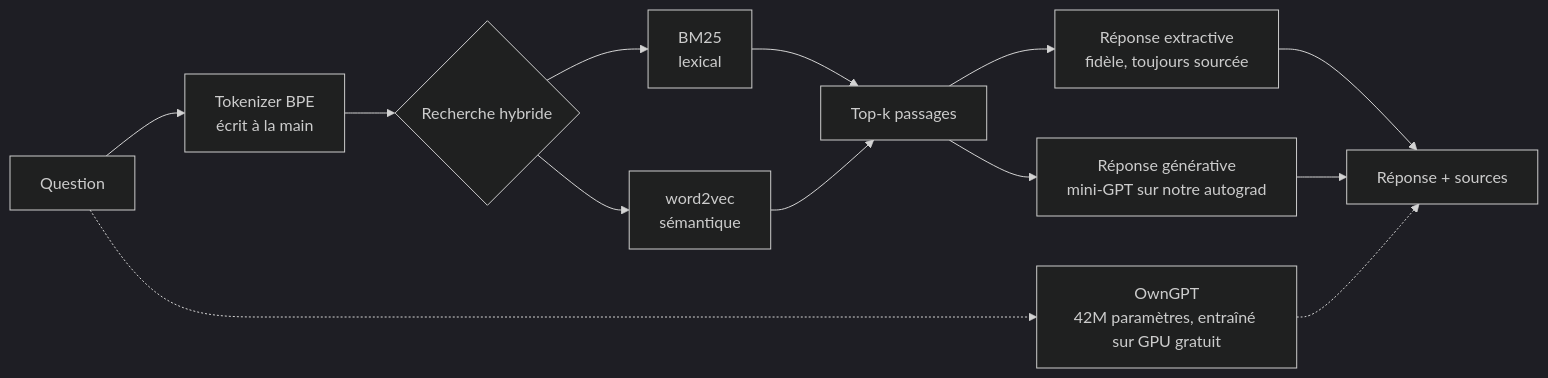
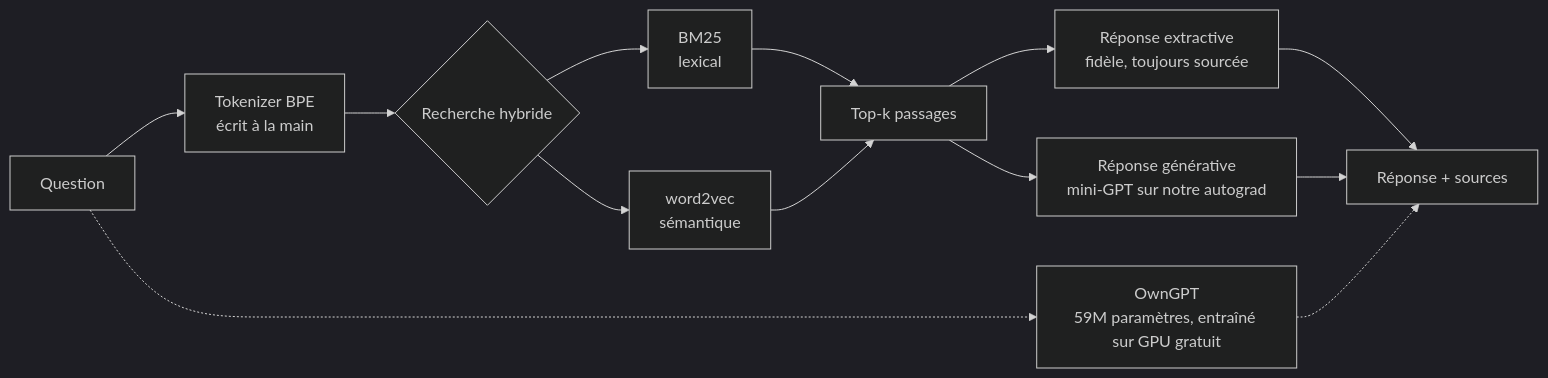
Before and after one commit to Zlarien/OwnAI: the diagram in README.fr.md, drawn with Mermaid (dark theme). The commit also changed other lines of this file and 1 other file, not shown here.

Commit message:
docs: nombre exact de paramètres du modèle entraîné (59 253 248, mesuré sur le checkpoint)

````diff
--- a/README.fr.md
+++ b/README.fr.md
@@ -17,15 +17,15 @@
 ```mermaid
 flowchart LR
     Q[Question] --> T[Tokenizer BPE<br/>écrit à la main]
     T --> R{Recherche hybride}
     R --> BM[BM25<br/>lexical]
     R --> W2[word2vec<br/>sémantique]
     BM --> K[Top-k passages]
     W2 --> K
     K --> E[Réponse extractive<br/>fidèle, toujours sourcée]
     K --> G[Réponse générative<br/>mini-GPT sur notre autograd]
     E --> A[Réponse + sources]
     G --> A
-    Q -.-> O[OwnGPT<br/>42M paramètres, entraîné sur GPU gratuit]
+    Q -.-> O[OwnGPT<br/>59M paramètres, entraîné sur GPU gratuit]
     O -.-> A
 ```
````
